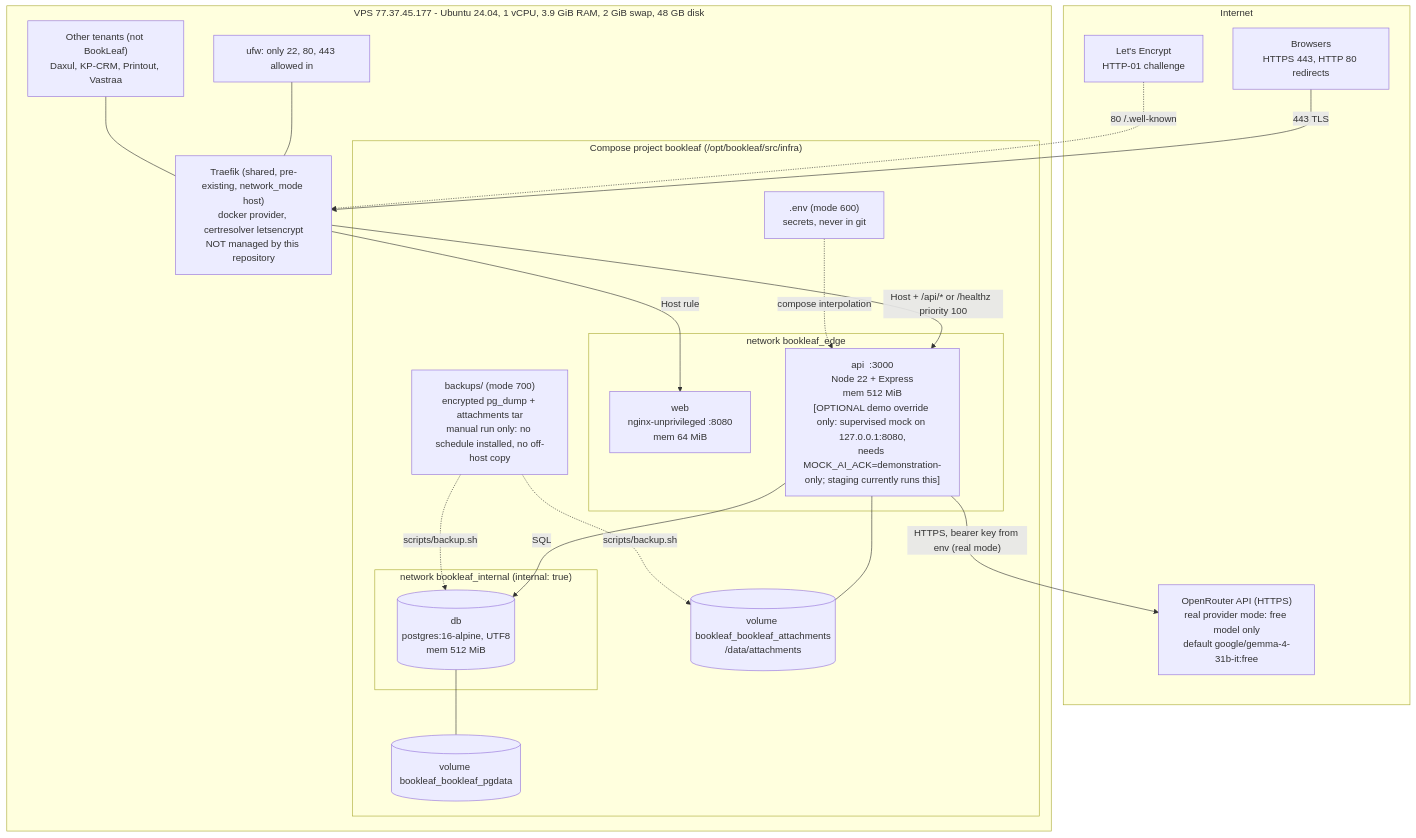
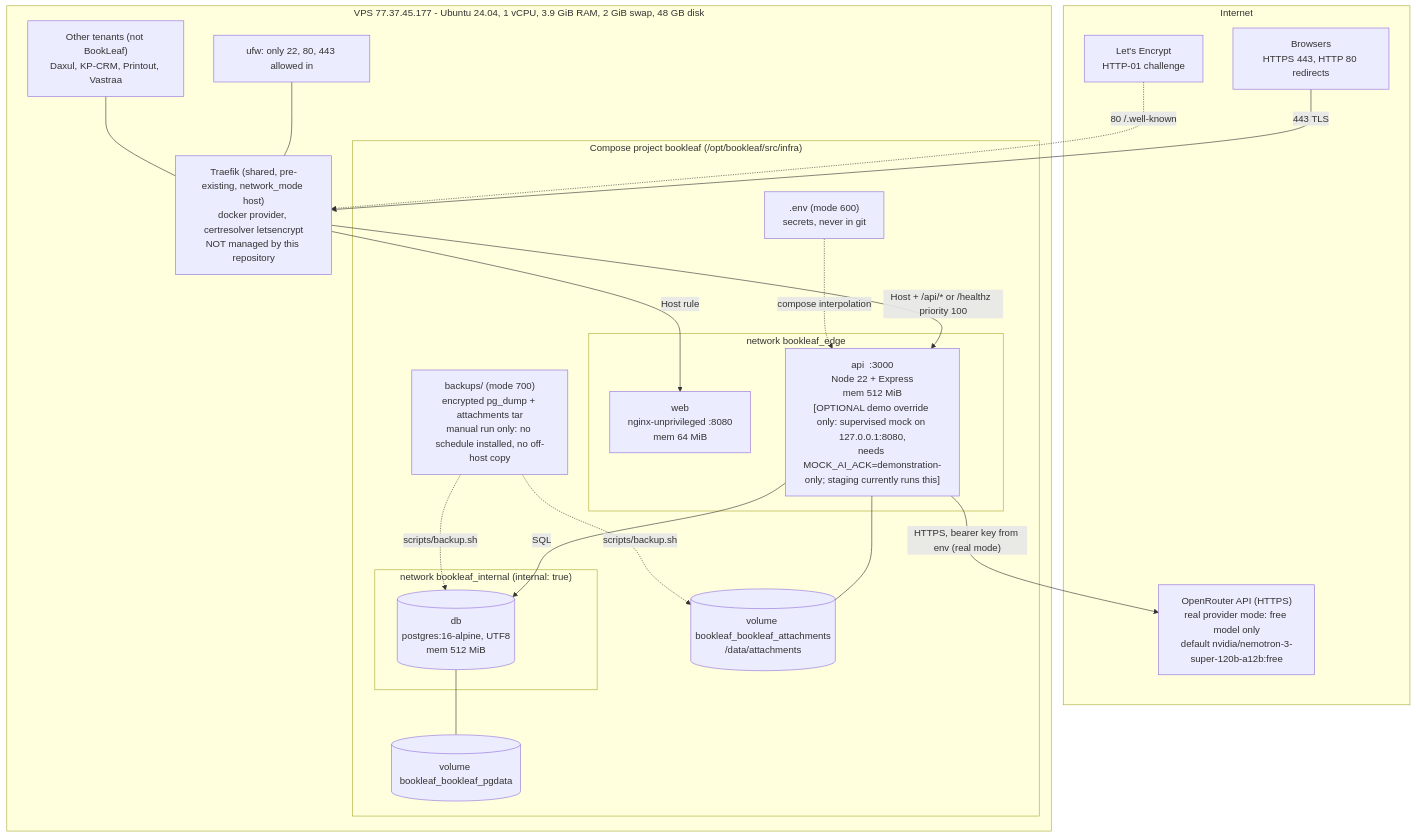
Before and after one commit to singhdaksh7/book-leaf__assignment-1: the first of 2 diagrams in docs/architecture/11-DEPLOYMENT-ARCHITECTURE.md, drawn with Mermaid. The commit also changed 17 other files, not shown here.

Commit message:
docs: real AI results, 48-hour decision, model config, deployment plan, SDD and PDF update

````diff
--- a/docs/architecture/11-DEPLOYMENT-ARCHITECTURE.md
+++ b/docs/architecture/11-DEPLOYMENT-ARCHITECTURE.md
@@ -8,43 +8,43 @@
 ```mermaid
 %% file: deployment-architecture.mmd
 flowchart TB
     subgraph NET["Internet"]
         BR["Browsers<br/>HTTPS 443, HTTP 80 redirects"]
         LE["Let's Encrypt<br/>HTTP-01 challenge"]
-        ORP["OpenRouter API (HTTPS)<br/>real provider mode: free model only<br/>default google/gemma-4-31b-it:free"]
+        ORP["OpenRouter API (HTTPS)<br/>real provider mode: free model only<br/>default nvidia/nemotron-3-super-120b-a12b:free"]
     end
 
     subgraph VPS["VPS 77.37.45.177 - Ubuntu 24.04, 1 vCPU, 3.9 GiB RAM, 2 GiB swap, 48 GB disk"]
         UFW["ufw: only 22, 80, 443 allowed in"]
         TR["Traefik (shared, pre-existing, network_mode host)<br/>docker provider, certresolver letsencrypt<br/>NOT managed by this repository"]
         OTHER["Other tenants (not BookLeaf)<br/>Daxul, KP-CRM, Printout, Vastraa"]
 
         subgraph PROJ["Compose project bookleaf  (/opt/bookleaf/src/infra)"]
             subgraph EDGE["network bookleaf_edge"]
                 WEB["web<br/>nginx-unprivileged :8080<br/>mem 64 MiB"]
                 API["api  :3000<br/>Node 22 + Express<br/>mem 512 MiB<br/>[OPTIONAL demo override only: supervised mock on 127.0.0.1:8080,<br/>needs MOCK_AI_ACK=demonstration-only; staging currently runs this]"]
             end
             subgraph INT["network bookleaf_internal (internal: true)"]
                 DB[("db<br/>postgres:16-alpine, UTF8<br/>mem 512 MiB")]
             end
             VPG[("volume bookleaf_bookleaf_pgdata")]
             VAT[("volume bookleaf_bookleaf_attachments<br/>/data/attachments")]
             ENV[".env (mode 600)<br/>secrets, never in git"]
             BK["backups/ (mode 700)<br/>encrypted pg_dump + attachments tar<br/>manual run only: no schedule installed, no off-host copy"]
         end
     end
 
     BR -- "443 TLS" --> TR
     LE -. "80 /.well-known" .-> TR
     TR -- "Host rule" --> WEB
     TR -- "Host + /api/* or /healthz  priority 100" --> API
     API -- "SQL" --> DB
     API -- "HTTPS, bearer key from env (real mode)" --> ORP
     DB --- VPG
     API --- VAT
     ENV -. "compose interpolation" .-> API
     BK -. "scripts/backup.sh" .-> DB
     BK -. "scripts/backup.sh" .-> VAT
     UFW --- TR
     OTHER --- TR
 ```
````
